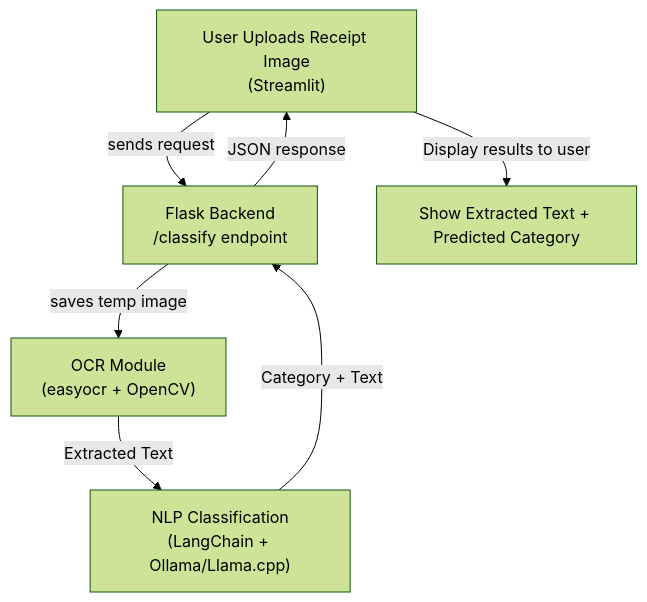
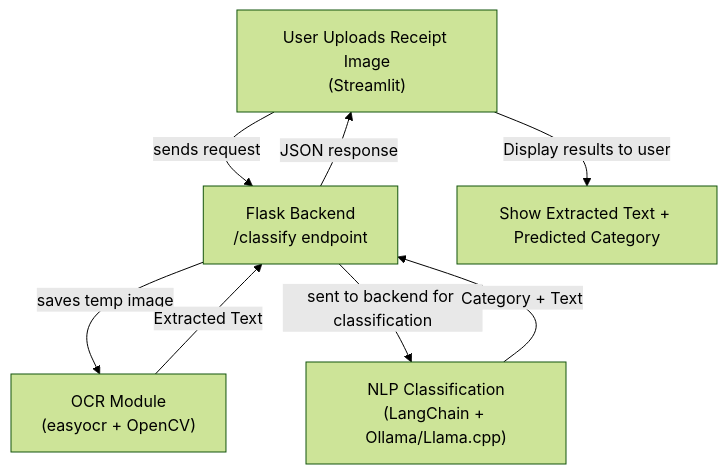
Before and after one commit to vedant2863/deductai-ocr-nlp: the diagram in README.md, drawn with Mermaid (forest theme).

````diff
--- a/README.md
+++ b/README.md
@@ -26,10 +26,11 @@
 ```mermaid
 flowchart TD
     UI["User Uploads Receipt Image<br/>(Streamlit)"]
     UI -- "sends request" --> Flask["Flask Backend<br/>/classify endpoint"]
     Flask -- "saves temp image" --> OCR["OCR Module<br/>(easyocr + OpenCV)"]
-    OCR -- "Extracted Text" --> NLP["NLP Classification<br/>(LangChain + Ollama/Llama.cpp)"]
+    OCR -- "Extracted Text" --> Flask
+    Flask -- "sent to backend for classification" --> NLP["NLP Classification<br/>(LangChain + Ollama/Llama.cpp)"]
     NLP -- "Category + Text" --> Flask
     Flask -- "JSON response" --> UI
     UI -- "Display results to user" --> Result["Show Extracted Text + Predicted Category"]
 ```
````
